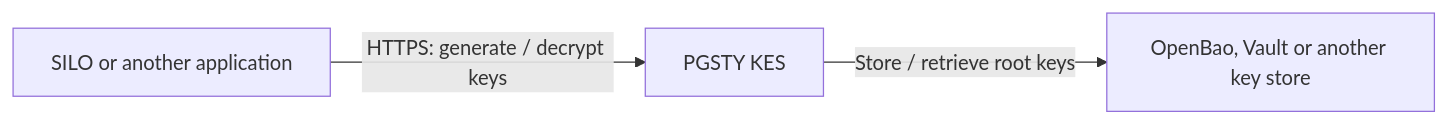
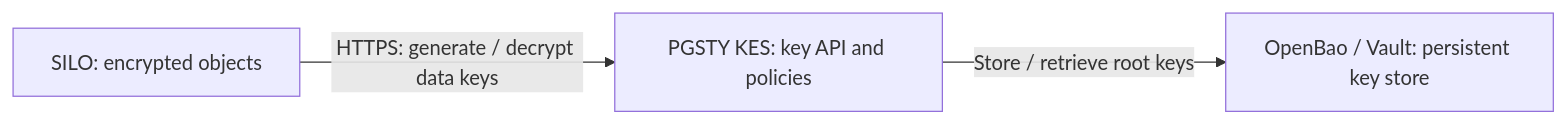
The diagram in README.md (pgsty/kes), drawn with Mermaid before and after one commit. The commit also changed other lines of this file and 4 other files, not shown here.

Commit message:
docs: align KES readmes with the SILO project overview

````diff
--- a/README.md
+++ b/README.md
@@ -21,5 +47,5 @@
 ```mermaid
 flowchart LR
-    A["SILO or another application"] -->|"HTTPS: generate / decrypt keys"| B["PGSTY KES"]
-    B -->|"Store / retrieve root keys"| C["OpenBao, Vault or another key store"]
+    A["SILO: encrypted objects"] -->|"HTTPS: generate / decrypt data keys"| B["PGSTY KES: key API and policies"]
+    B -->|"Store / retrieve root keys"| C["OpenBao / Vault: persistent key store"]
 ```
````
